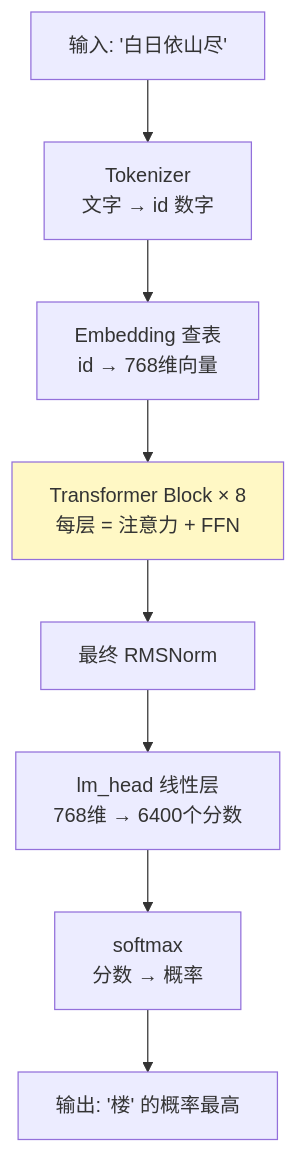
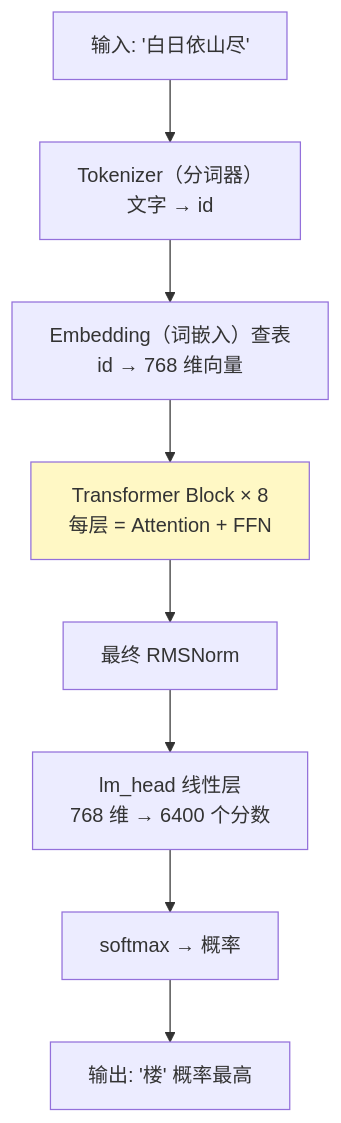
One commit to leing2021/ai-learn changed the first of 3 diagrams in content/02-architecture.md. Above: the diagram before and after it, drawn with Mermaid. The commit also changed other lines of this file and 1 other file, not shown here.

````diff
--- a/content/02-architecture.md
+++ b/content/02-architecture.md
@@ -9,11 +9,11 @@
 ```mermaid
 flowchart TD
-    A["输入: '白日依山尽'"] --> B["Tokenizer<br/>文字 → id 数字"]
-    B --> C["Embedding 查表<br/>id → 768维向量"]
-    C --> D["Transformer Block × 8<br/>每层 = 注意力 + FFN"]
+    A["输入: '白日依山尽'"] --> B["Tokenizer（分词器）<br/>文字 → id"]
+    B --> C["Embedding（词嵌入）查表<br/>id → 768 维向量"]
+    C --> D["Transformer Block × 8<br/>每层 = Attention + FFN"]
     D --> E["最终 RMSNorm"]
-    E --> F["lm_head 线性层<br/>768维 → 6400个分数"]
-    F --> G["softmax<br/>分数 → 概率"]
-    G --> H["输出: '楼' 的概率最高"]
+    E --> F["lm_head 线性层<br/>768 维 → 6400 个分数"]
+    F --> G["softmax → 概率"]
+    G --> H["输出: '楼' 概率最高"]
     style D fill:#fff8c5
 ```
````
